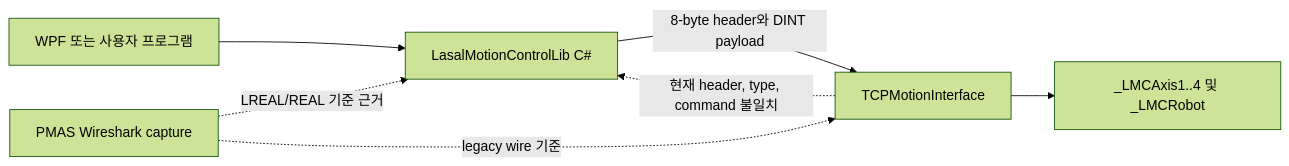
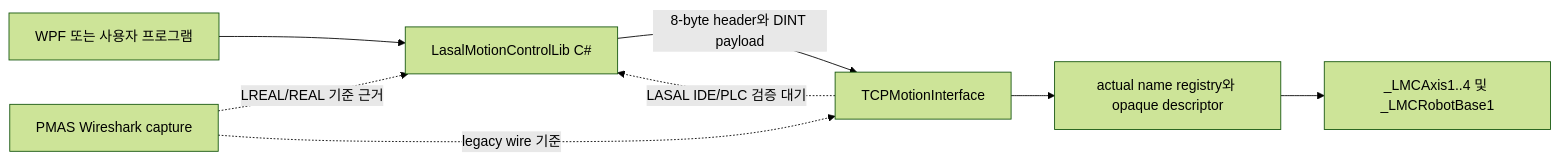
The diagram in LMC_Library/LMC_API_Delivery/docs/API_DEVELOPMENT_BACKLOG_2026-07-10.md (dreiven61/Elmo_Master), drawn with Mermaid (forest theme) before and after one commit. The commit also changed other lines of this file and 5 other files, not shown here.

Commit message:
Document LASAL command queue and remaining API work

````diff
--- a/LMC_Library/LMC_API_Delivery/docs/API_DEVELOPMENT_BACKLOG_2026-07-10.md
+++ b/LMC_Library/LMC_API_Delivery/docs/API_DEVELOPMENT_BACKLOG_2026-07-10.md
@@ -76,9 +88,10 @@
 ```mermaid
 flowchart LR
     A["WPF 또는 사용자 프로그램"] --> B["LasalMotionControlLib C#"]
     B -->|"8-byte header와 DINT payload"| C["TCPMotionInterface"]
-    C --> D["_LMCAxis1..4 및 _LMCRobot"]
+    C --> D["actual name registry와 opaque descriptor"]
+    D --> F["_LMCAxis1..4 및 _LMCRobotBase1"]
     E["PMAS Wireshark capture"] -. "LREAL/REAL 기준 근거" .-> B
     E -. "legacy wire 기준" .-> C
-    C -. "현재 header, type, command 불일치" .-> B
+    C -. "LASAL IDE/PLC 검증 대기" .-> B
 ```
````
